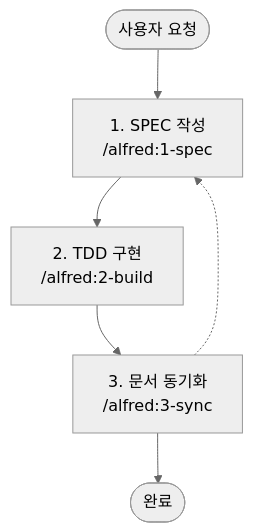
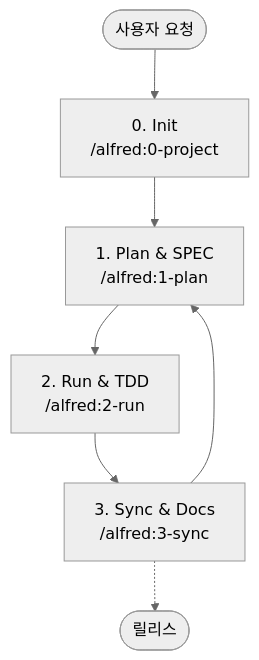
Before and after one commit to modu-ai/moai-adk: the diagram in README.md, drawn with Mermaid. The commit also changed other lines of this file and 281 other files, not shown here.

````diff
--- a/README.md
+++ b/README.md
@@ -605,9 +83,10 @@
 ```mermaid
 %%{init: {'theme':'neutral'}}%%
 graph TD
-    Start([사용자 요청]) --> Spec[1. SPEC 작성<br/>/alfred:1-spec]
-    Spec --> Build[2. TDD 구현<br/>/alfred:2-build]
-    Build --> Sync[3. 문서 동기화<br/>/alfred:3-sync]
-    Sync --> End([완료])
-    Sync -.-> Spec
+    Start([사용자 요청]) --> Init[0. Init<br/>/alfred:0-project]
+    Init --> Plan[1. Plan & SPEC<br/>/alfred:1-plan]
+    Plan --> Run[2. Run & TDD<br/>/alfred:2-run]
+    Run --> Sync[3. Sync & Docs<br/>/alfred:3-sync]
+    Sync --> Plan
+    Sync -.-> End([릴리스])
 ```
````
